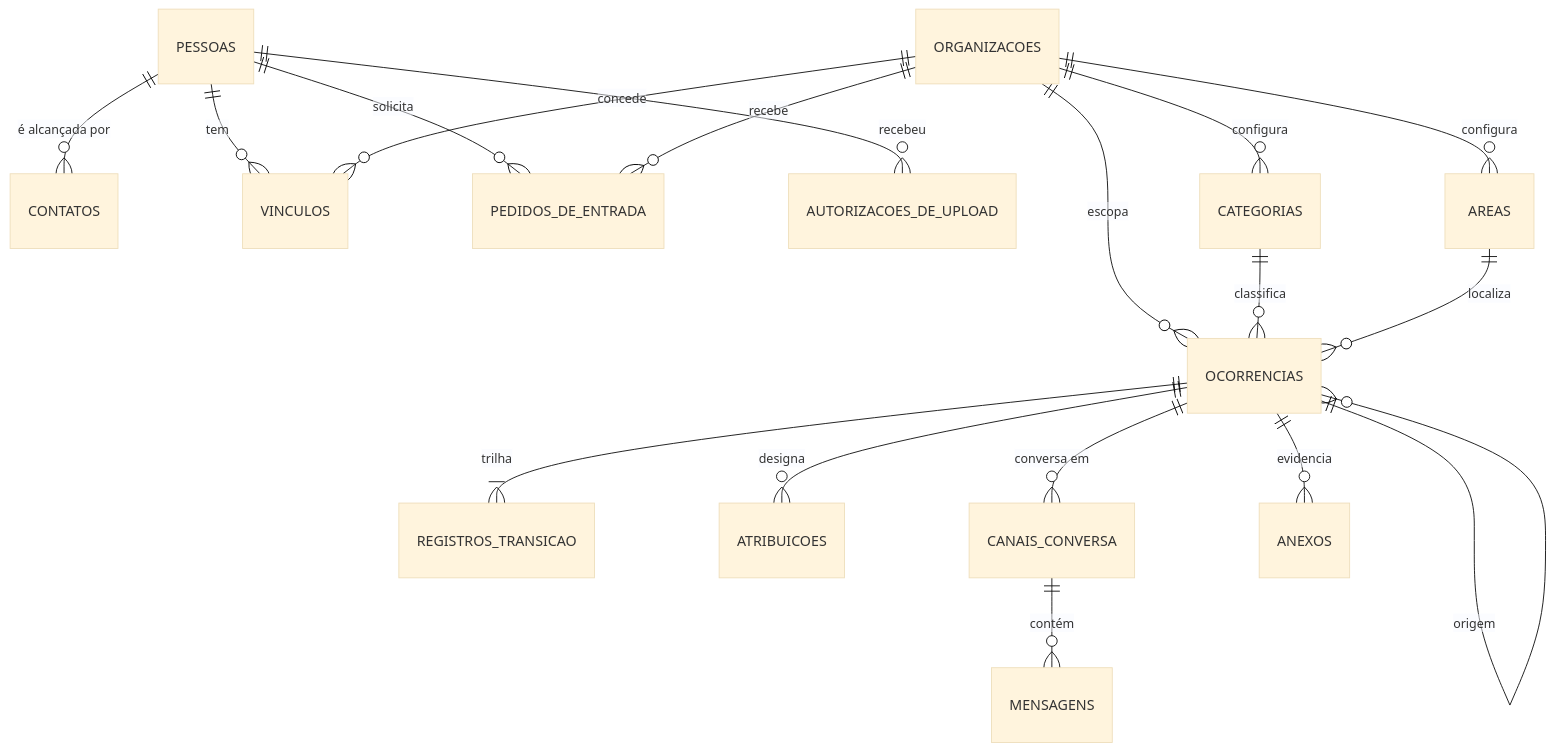
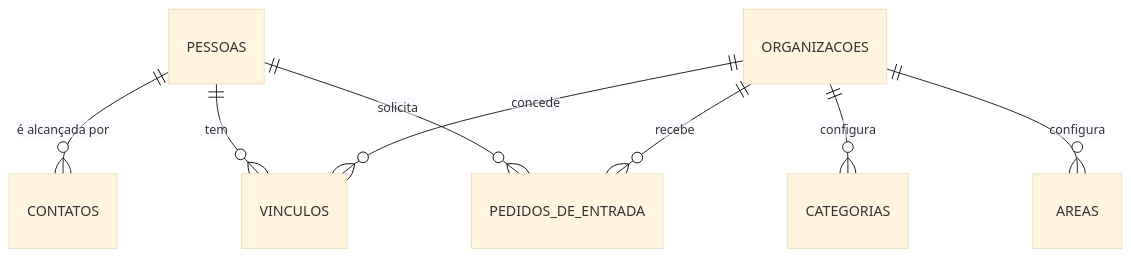
Before and after one commit to natanjunior/8FSDT-Hackathon: the first of 2 diagrams in docs/banco-de-dados.md, drawn with Mermaid (base theme). The commit also changed 3 other files, not shown here.

First line of the commit message:
docs(ajustes): diagramas que cabem na coluna, quatro frases fora

````diff
--- a/docs/banco-de-dados.md
+++ b/docs/banco-de-dados.md
@@ -31,24 +33,11 @@
 ```mermaid
 erDiagram
+    direction TB
     PESSOAS ||--o{ CONTATOS : "é alcançada por"
     PESSOAS ||--o{ VINCULOS : "tem"
     PESSOAS ||--o{ PEDIDOS_DE_ENTRADA : "solicita"
-    PESSOAS ||--o{ AUTORIZACOES_DE_UPLOAD : "recebeu"
-
     ORGANIZACOES ||--o{ VINCULOS : "concede"
+    ORGANIZACOES ||--o{ PEDIDOS_DE_ENTRADA : "recebe"
     ORGANIZACOES ||--o{ CATEGORIAS : "configura"
     ORGANIZACOES ||--o{ AREAS : "configura"
-    ORGANIZACOES ||--o{ OCORRENCIAS : "escopa"
-    ORGANIZACOES ||--o{ PEDIDOS_DE_ENTRADA : "recebe"
-
-    CATEGORIAS ||--o{ OCORRENCIAS : "classifica"
-    AREAS ||--o{ OCORRENCIAS : "localiza"
-
-    OCORRENCIAS ||--|{ REGISTROS_TRANSICAO : "trilha"
-    OCORRENCIAS ||--o{ ATRIBUICOES : "designa"
-    OCORRENCIAS ||--o{ CANAIS_CONVERSA : "conversa em"
-    OCORRENCIAS ||--o{ ANEXOS : "evidencia"
-    OCORRENCIAS ||--o{ OCORRENCIAS : "origem"
-
-    CANAIS_CONVERSA ||--o{ MENSAGENS : "contém"
 ```
````
